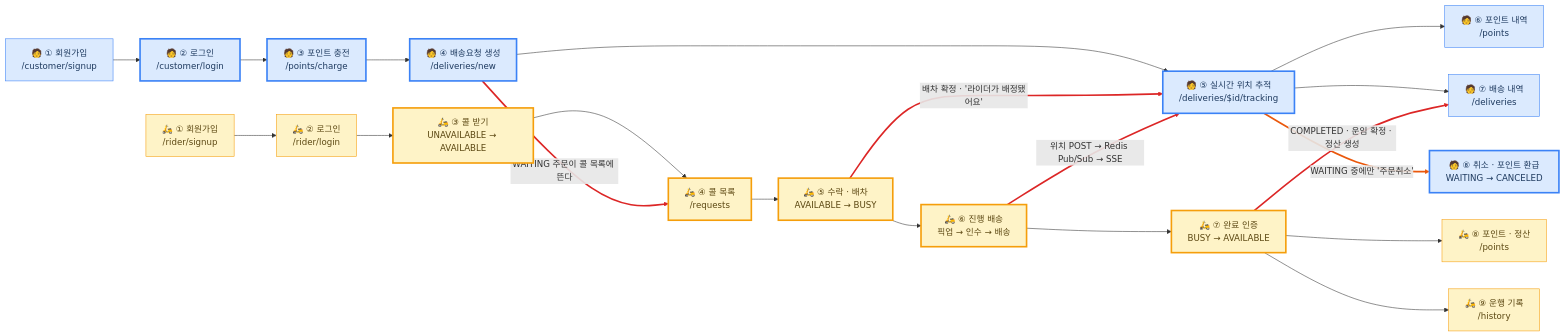
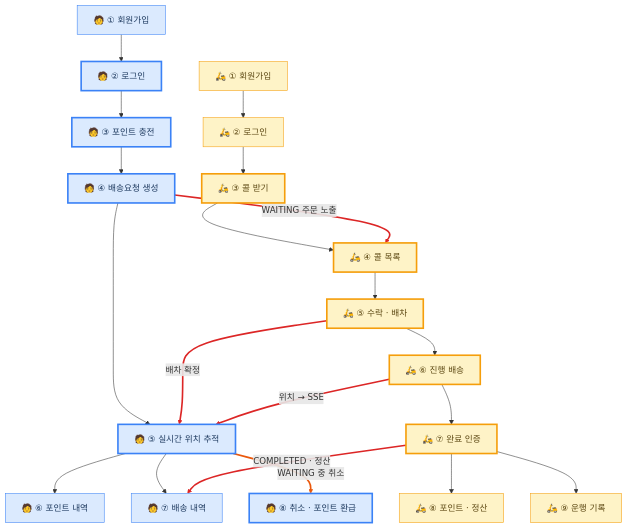
One commit to softeerbootcamp-8th/WEB-Team7-Turkey changed the first of 2 diagrams in docs/06-user-flow.md. Above: the diagram before and after it, drawn with Mermaid. The commit also changed other lines of this file, not shown here.

````diff
--- a/docs/06-user-flow.md
+++ b/docs/06-user-flow.md
@@ -29,36 +29,36 @@
 ```mermaid
-flowchart LR
-    C1["🧑 ① 회원가입<br>/customer/signup"] --> C2["🧑 ② 로그인<br>/customer/login"] --> C3["🧑 ③ 포인트 충전<br>/points/charge"] --> C4["🧑 ④ 배송요청 생성<br>/deliveries/new"] --> C5["🧑 ⑤ 실시간 위치 추적<br>/deliveries/$id/tracking"]
-    C5 --> C6["🧑 ⑥ 포인트 내역<br>/points"]
-    C5 --> C7["🧑 ⑦ 배송 내역<br>/deliveries"]
-    C5 -->|"WAITING 중에만 '주문취소'"| C8["🧑 ⑧ 취소 · 포인트 환급<br>WAITING → CANCELED"]
+flowchart TB
+    C1["🧑 ① 회원가입"] --> C2["🧑 ② 로그인"] --> C3["🧑 ③ 포인트 충전"] --> C4["🧑 ④ 배송요청 생성"] --> C5["🧑 ⑤ 실시간 위치 추적"]
+    C5 --> C6["🧑 ⑥ 포인트 내역"]
+    C5 --> C7["🧑 ⑦ 배송 내역"]
+    C5 -->|"WAITING 중 취소"| C8["🧑 ⑧ 취소 · 포인트 환급"]
 
-    R1["🛵 ① 회원가입<br>/rider/signup"] --> R2["🛵 ② 로그인<br>/rider/login"] --> R3["🛵 ③ 콜 받기<br>UNAVAILABLE → AVAILABLE"] --> R4["🛵 ④ 콜 목록<br>/requests"] --> R5["🛵 ⑤ 수락 · 배차<br>AVAILABLE → BUSY"] --> R6["🛵 ⑥ 진행 배송<br>픽업 → 인수 → 배송"] --> R7["🛵 ⑦ 완료 인증<br>BUSY → AVAILABLE"]
-    R7 --> R8["🛵 ⑧ 포인트 · 정산<br>/points"]
-    R7 --> R9["🛵 ⑨ 운행 기록<br>/history"]
+    R1["🛵 ① 회원가입"] --> R2["🛵 ② 로그인"] --> R3["🛵 ③ 콜 받기"] --> R4["🛵 ④ 콜 목록"] --> R5["🛵 ⑤ 수락 · 배차"] --> R6["🛵 ⑥ 진행 배송"] --> R7["🛵 ⑦ 완료 인증"]
+    R7 --> R8["🛵 ⑧ 포인트 · 정산"]
+    R7 --> R9["🛵 ⑨ 운행 기록"]
 
-    C4 -->|"WAITING 주문이 콜 목록에 뜬다"| R4
-    R5 -->|"배차 확정 · '라이더가 배정됐어요'"| C5
-    R6 -->|"위치 POST → Redis Pub/Sub → SSE"| C5
-    R7 -->|"COMPLETED · 운임 확정 · 정산 생성"| C7
+    C4 -->|"WAITING 주문 노출"| R4
+    R5 -->|"배차 확정"| C5
+    R6 -->|"위치 → SSE"| C5
+    R7 -->|"COMPLETED · 정산"| C7
 
     click C2 href "https://github.com/softeerbootcamp-8th/WEB-Team7-Turkey/wiki/ADR‐002-Redis-사용" "ADR-002 · 세션을 Redis에 저장"
     click C3 href "https://github.com/softeerbootcamp-8th/WEB-Team7-Turkey/wiki/TBD-포인트-충전-결제" "TBD · 포인트 충전 / PG 파사드"
     click C4 href "https://github.com/softeerbootcamp-8th/WEB-Team7-Turkey/wiki/TBD-주문-생성과-포인트-차감" "TBD · 요금 대조 + 포인트 차감 단일 트랜잭션"
     click C5 href "https://github.com/softeerbootcamp-8th/WEB-Team7-Turkey/wiki/ADR‐010:-위치-전달-방식(SSE)-부하테스트-검증" "ADR-010 · SSE vs Polling"
     click R3 href "https://github.com/softeerbootcamp-8th/WEB-Team7-Turkey/wiki/ADR‐003-라이더-상태와-배송-상태-분리" "ADR-003 · 라이더 상태와 배송 상태 분리"
     click R4 href "https://github.com/softeerbootcamp-8th/WEB-Team7-Turkey/wiki/TBD-배차-위치-검색-방향" "TBD · 주문 GEO 인덱싱 vs MySQL 쿼리"
     click R5 href "https://github.com/softeerbootcamp-8th/WEB-Team7-Turkey/wiki/ADR‐006-배차-동시성-처리" "ADR-006 · 조건부 UPDATE(CAS)"
     click R6 href "https://github.com/softeerbootcamp-8th/WEB-Team7-Turkey/wiki/ADR‐010:-위치-전달-방식(SSE)-부하테스트-검증" "ADR-010 · 위치 전송 · SSE 팬아웃"
     click R7 href "https://github.com/softeerbootcamp-8th/WEB-Team7-Turkey/wiki/TBD-배송-완료와-정산" "TBD · 완료 인증 + 정산 생성 트랜잭션"
     click C8 href "https://github.com/softeerbootcamp-8th/WEB-Team7-Turkey/wiki/TBD-고객-취소와-환급" "TBD · 취소=환급, 배차 전에만 허용"
 
     classDef cus fill:#dbeafe,stroke:#3b82f6,color:#1e3a5f
     classDef rid fill:#fef3c7,stroke:#f59e0b,color:#5c4813
     classDef adr stroke-width:3px
     class C1,C2,C3,C4,C5,C6,C7,C8 cus
     class R1,R2,R3,R4,R5,R6,R7,R8,R9 rid
     class C2,C3,C4,C5,C8,R3,R4,R5,R6,R7 adr
     linkStyle 15,16,17,18 stroke:#dc2626,stroke-width:3px
     linkStyle 6 stroke:#ea580c,stroke-width:3px
 ```
````
